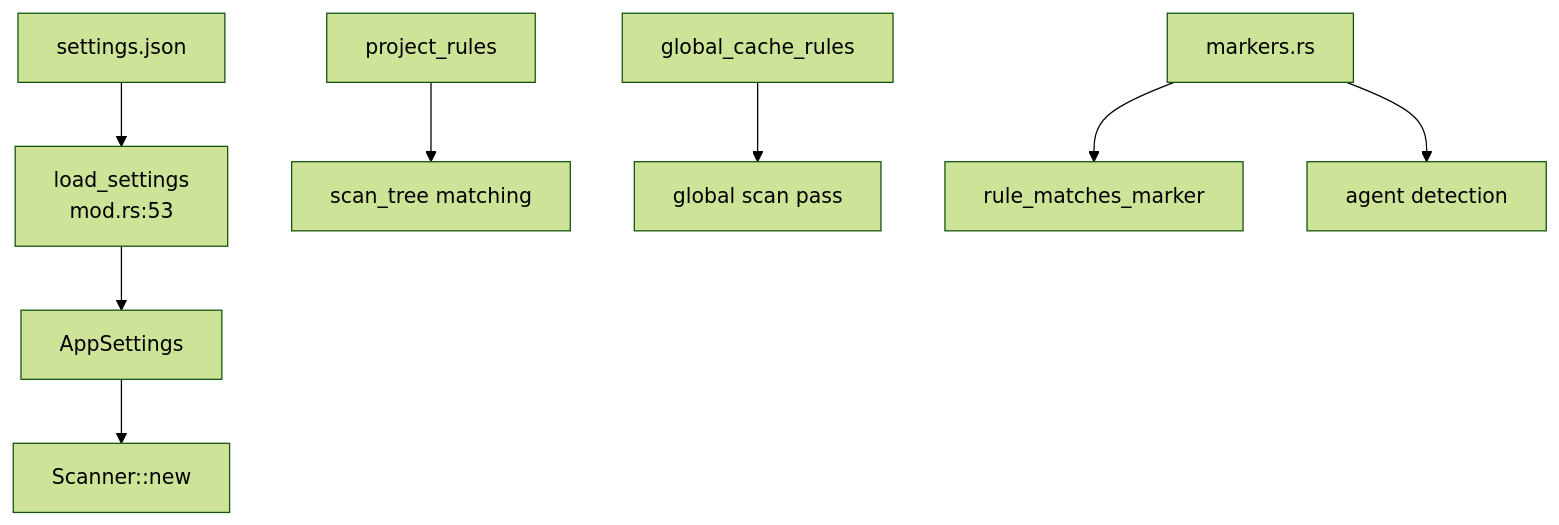
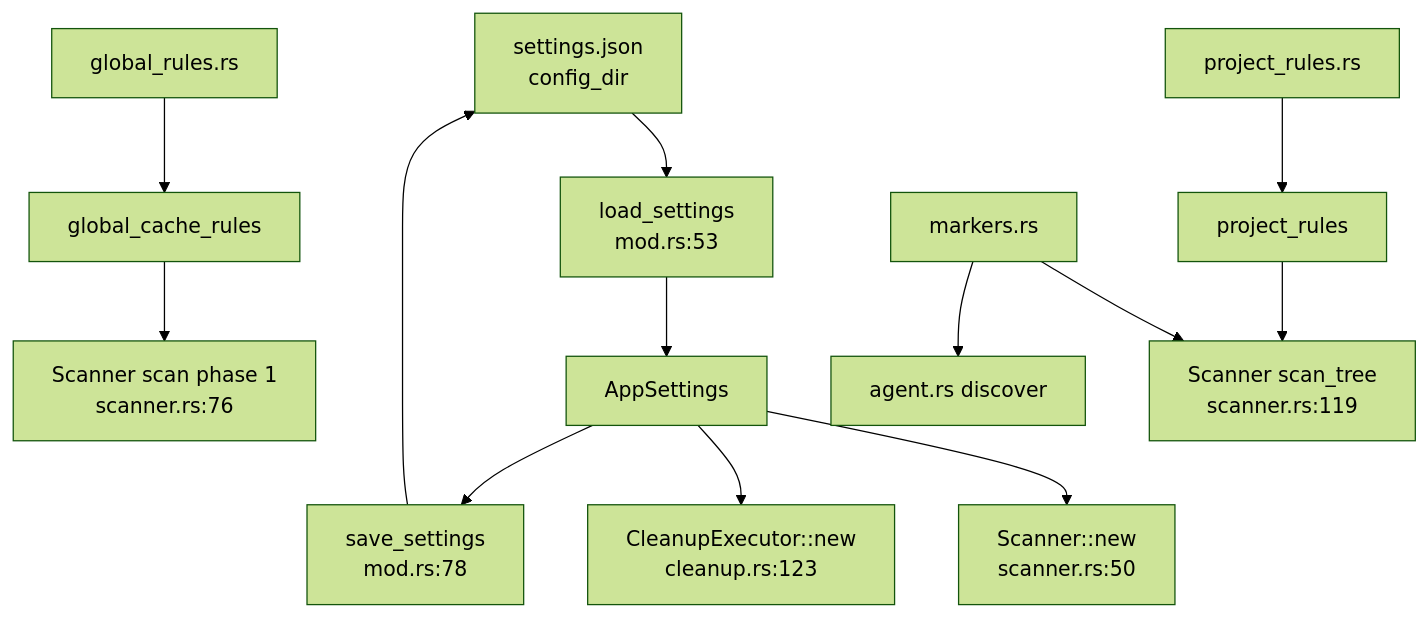
One commit to sopaco/CLV3000-Plus changed the diagram in .terrain/human/4.Deep-Exploration/settings.md. Above: the diagram before and after it, drawn with Mermaid (forest theme). The commit also changed other lines of this file and 14 other files, not shown here.

````diff
--- a/.terrain/human/4.Deep-Exploration/settings.md
+++ b/.terrain/human/4.Deep-Exploration/settings.md
@@ -46,10 +53,15 @@
 ```mermaid
 flowchart TD
-    A["settings.json"] --> B["load_settings<br/>mod.rs:53"]
+    A["settings.json<br/>config_dir"] --> B["load_settings<br/>mod.rs:53"]
     B --> C["AppSettings"]
-    C --> D["Scanner::new"]
-    E["project_rules"] --> F["scan_tree matching"]
-    G["global_cache_rules"] --> H["global scan pass"]
-    I["markers.rs"] --> J["rule_matches_marker"]
-    I --> K["agent detection"]
+    C --> D["Scanner::new<br/>scanner.rs:50"]
+    C --> E["CleanupExecutor::new<br/>cleanup.rs:123"]
+    F["global_rules.rs"] --> G["global_cache_rules"]
+    H["project_rules.rs"] --> I["project_rules"]
+    G --> J["Scanner scan phase 1<br/>scanner.rs:76"]
+    I --> K["Scanner scan_tree<br/>scanner.rs:119"]
+    L["markers.rs"] --> K
+    L --> M["agent.rs discover"]
+    C --> N["save_settings<br/>mod.rs:78"]
+    N --> A
 ```
````
